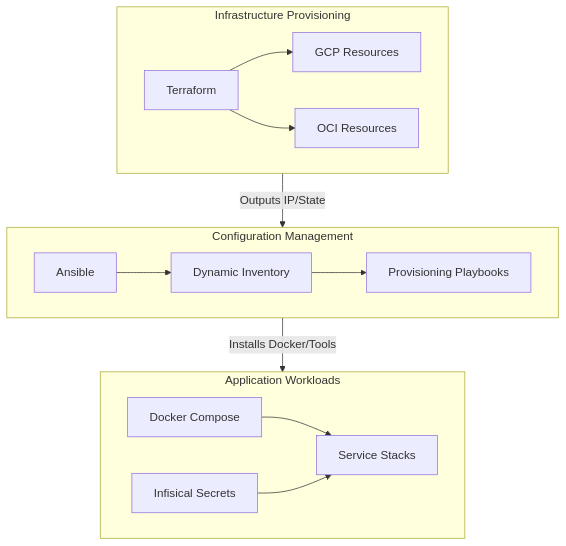
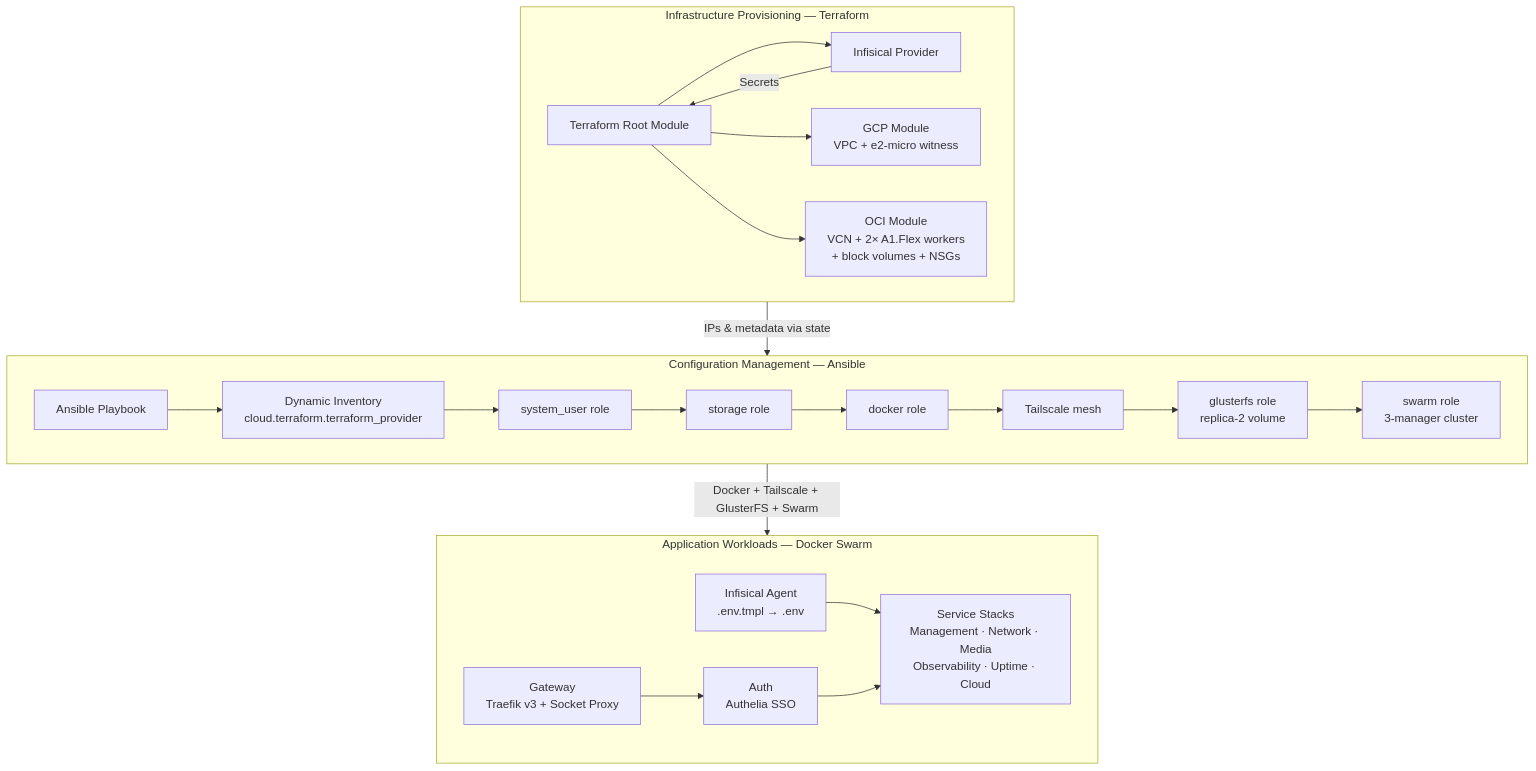
One commit to JoseStud/GoodOldMeServer changed the diagram in docs/index.md. Above: the diagram before and after it, drawn with Mermaid. The commit also changed other lines of this file and 21 other files, not shown here.

First line of the commit message:
Add Ansible roles for Docker, GlusterFS, and Swarm setup; enhance backup and deployment documentation

````diff
--- a/docs/index.md
+++ b/docs/index.md
@@ -10,29 +13,38 @@
 ```mermaid
 flowchart TD
-    subgraph IaC [Infrastructure Provisioning]
-        TF[Terraform]
-        GCP[GCP Resources]
-        OCI[OCI Resources]
+    subgraph IaC [Infrastructure Provisioning — Terraform]
+        TF[Terraform Root Module]
+        INF_TF[Infisical Provider]
+        GCP[GCP Module<br/>VPC + e2-micro witness]
+        OCI[OCI Module<br/>VCN + 2× A1.Flex workers<br/>+ block volumes + NSGs]
+        TF --> INF_TF
+        INF_TF -->|Secrets| TF
         TF --> GCP
         TF --> OCI
     end
 
-    subgraph Config [Configuration Management]
-        ANS[Ansible]
-        INV[Dynamic Inventory]
-        PROV[Provisioning Playbooks]
+    subgraph Config [Configuration Management — Ansible]
+        ANS[Ansible Playbook]
+        INV[Dynamic Inventory<br/>cloud.terraform.terraform_provider]
+        USR[system_user role]
+        STR[storage role]
+        DOCK[docker role]
+        TS[Tailscale mesh]
+        GFS[glusterfs role<br/>replica-2 volume]
+        SWM[swarm role<br/>3-manager cluster]
         ANS --> INV
-        INV --> PROV
+        INV --> USR --> STR --> DOCK --> TS --> GFS --> SWM
     end
 
-    subgraph Workloads [Application Workloads]
-        DOCKER[Docker Compose]
-        INF[Infisical Secrets]
-        STACKS[Service Stacks]
-        DOCKER --> STACKS
-        INF --> STACKS
+    subgraph Workloads [Application Workloads — Docker Swarm]
+        ISEC[Infisical Agent<br/>.env.tmpl → .env]
+        GW[Gateway<br/>Traefik v3 + Socket Proxy]
+        AUTH[Auth<br/>Authelia SSO]
+        APPS[Service Stacks<br/>Management · Network · Media<br/>Observability · Uptime · Cloud]
+        ISEC --> APPS
+        GW --> AUTH --> APPS
     end
 
-    IaC -->|Outputs IP/State| Config
-    Config -->|Installs Docker/Tools| Workloads
+    IaC -->|IPs & metadata via state| Config
+    Config -->|Docker + Tailscale + GlusterFS + Swarm| Workloads
 ```
````
